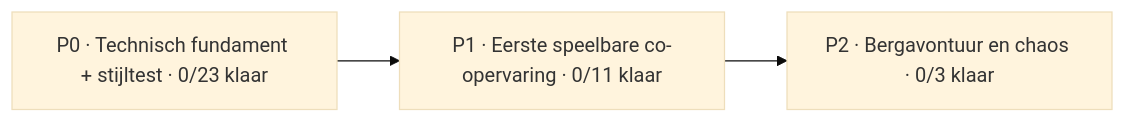
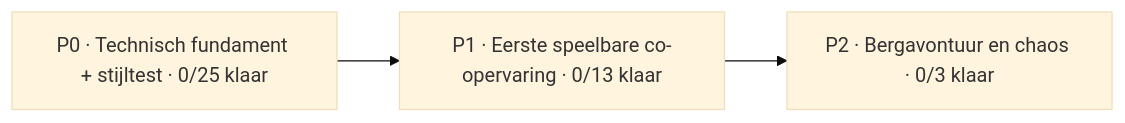
Before and after one commit to mlemson/conductor-chaos: the diagram in Docs/PROJECT_BOARD.md, drawn with Mermaid (base theme). The commit also changed other lines of this file, not shown here.

````diff
--- a/Docs/PROJECT_BOARD.md
+++ b/Docs/PROJECT_BOARD.md
@@ -13,7 +13,7 @@
 ```mermaid
 flowchart LR
-    P0["P0 · Technisch fundament + stijltest · 0/23 klaar"]
-    P1["P1 · Eerste speelbare co-opervaring · 0/11 klaar"]
+    P0["P0 · Technisch fundament + stijltest · 0/25 klaar"]
+    P1["P1 · Eerste speelbare co-opervaring · 0/13 klaar"]
     P2["P2 · Bergavontuur en chaos · 0/3 klaar"]
     P0 --> P1 --> P2
 ```
````
